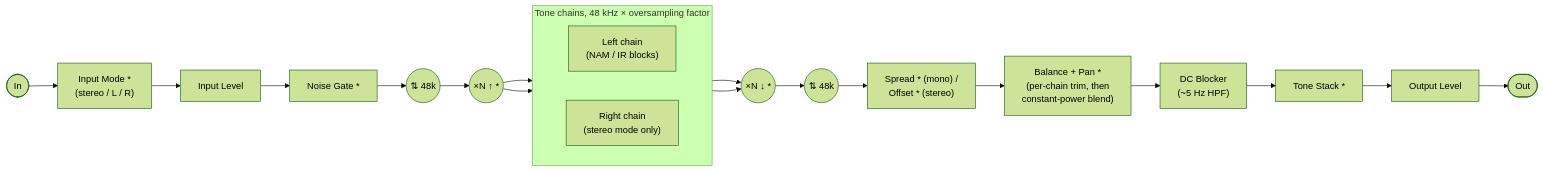
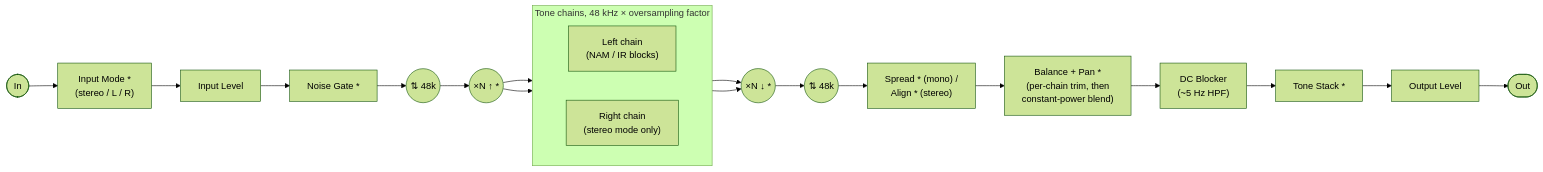
One commit to brunofgsaraiva/tone3000-plugin changed the first of 2 diagrams in README.md. Above: the diagram before and after it, drawn with Mermaid (forest theme). The commit also changed other lines of this file and 28 other files, not shown here.

````diff
--- a/README.md
+++ b/README.md
@@ -161,24 +161,24 @@
 ```mermaid
 flowchart LR
     IN([In]) --> IM["Input Mode&nbsp;*<br/>(stereo / L / R)"]
     IM --> IG["Input Level"]
     IG --> GATE["Noise Gate&nbsp;*"]
     GATE --> RS(("⇅ 48k"))
     RS --> OS(("×N ↑&nbsp;*"))
     subgraph CHAINS["Tone chains, 48 kHz × oversampling factor"]
         direction LR
         CL["Left chain<br/>(NAM / IR blocks)"]
         CR["Right chain<br/>(stereo mode only)"]
     end
     OS --> CL
     OS --> CR
     CL --> OS2(("×N ↓&nbsp;*"))
     CR --> OS2
     OS2 --> RS2(("⇅ 48k"))
-    RS2 --> IMAGE["Spread&nbsp;* (mono) /<br/>Offset&nbsp;* (stereo)"]
+    RS2 --> IMAGE["Spread&nbsp;* (mono) /<br/>Align&nbsp;* (stereo)"]
     IMAGE --> PAN["Balance + Pan&nbsp;*<br/>(per-chain trim, then<br/>constant-power blend)"]
     PAN --> DCB["DC Blocker<br/>(~5 Hz HPF)"]
     DCB --> TS["Tone Stack&nbsp;*"]
     TS --> OG["Output Level"]
     OG --> OUT([Out])
 ```
````
